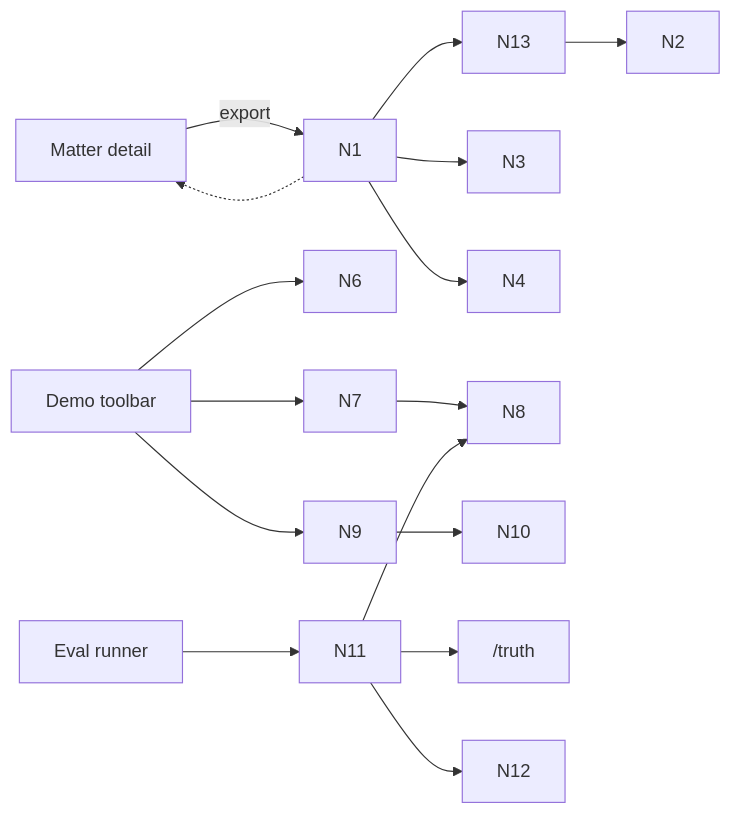
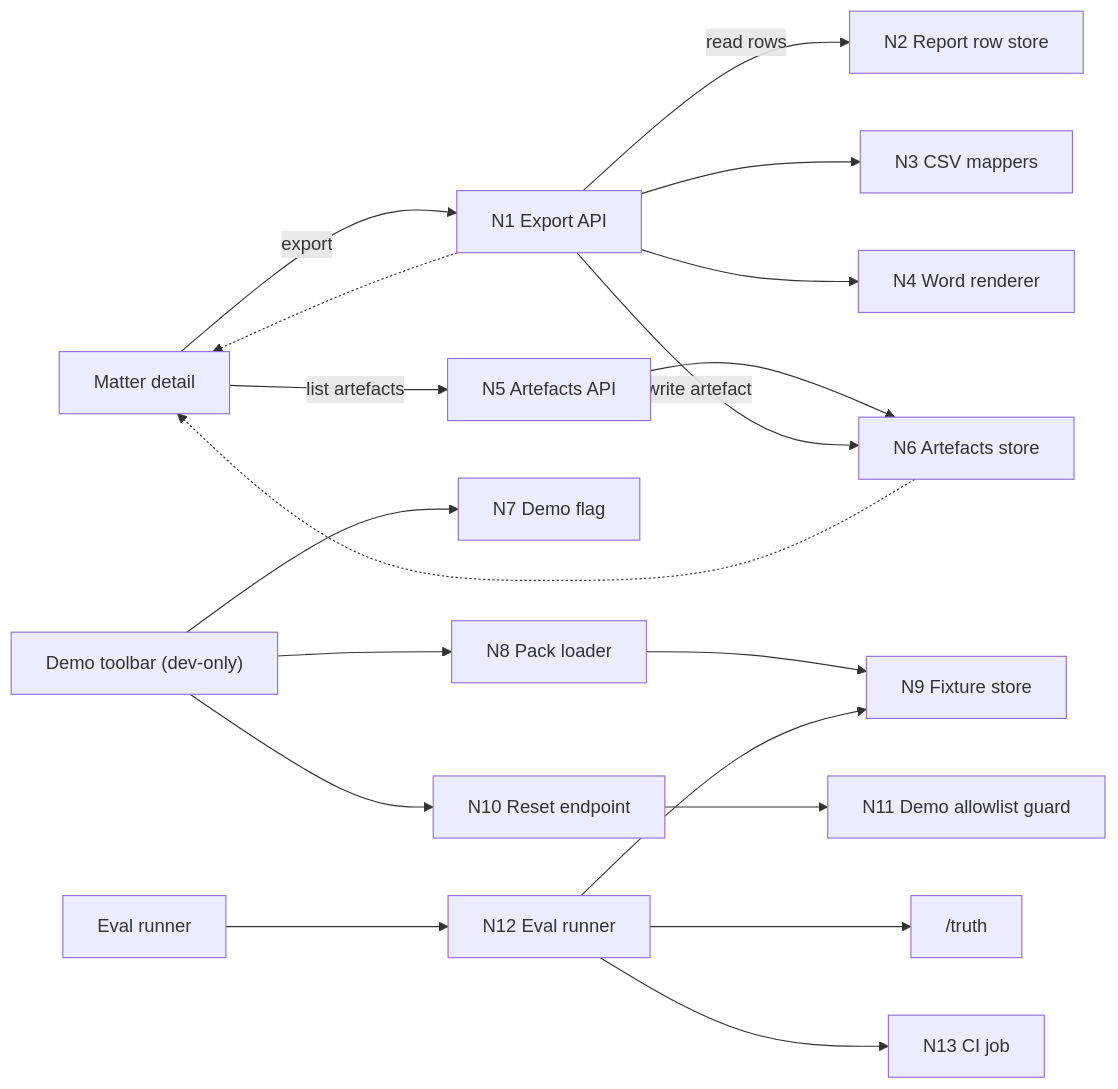
Before and after one commit to marchatton/legaltech-poc: the diagram in docs/04-projects/02-features/0003_demo-grade-outputs/breadboard-pack.md, drawn with Mermaid. The commit also changed other lines of this file and 5 other files, not shown here.

````diff
--- a/docs/04-projects/02-features/0003_demo-grade-outputs/breadboard-pack.md
+++ b/docs/04-projects/02-features/0003_demo-grade-outputs/breadboard-pack.md
@@ -88,18 +117,24 @@
 ```mermaid
 graph LR
-  A["Matter detail"] -->|export| N1
-  N1 --> N13
-  N13 --> N2
-  N1 --> N3
-  N1 --> N4
-  N1 -.-> A
-  D["Demo toolbar"] --> N6
-  D --> N7
-  N7 --> N8
-  D --> N9
-  N9 --> N10
-  E["Eval runner"] --> N11
-  N11 --> N8
-  N11 --> T["/truth"]
-  N11 --> N12
+  UI["Matter detail"] -->|export| N1["N1 Export API"]
+  UI -->|list artefacts| N5["N5 Artefacts API"]
+  N5 --> N6["N6 Artefacts store"]
+  N6 -.-> UI
+
+  N1 -->|read rows| N2["N2 Report row store"]
+  N1 --> N3["N3 CSV mappers"]
+  N1 --> N4["N4 Word renderer"]
+  N1 -->|write artefact| N6
+  N1 -.-> UI
+
+  Demo["Demo toolbar (dev-only)"] --> N7["N7 Demo flag"]
+  Demo --> N8["N8 Pack loader"]
+  N8 --> N9["N9 Fixture store"]
+  Demo --> N10["N10 Reset endpoint"]
+  N10 --> N11["N11 Demo allowlist guard"]
+
+  Eval["Eval runner"] --> N12["N12 Eval runner"]
+  N12 --> N9
+  N12 --> Truth["/truth"]
+  N12 --> N13["N13 CI job"]
 ```
````
